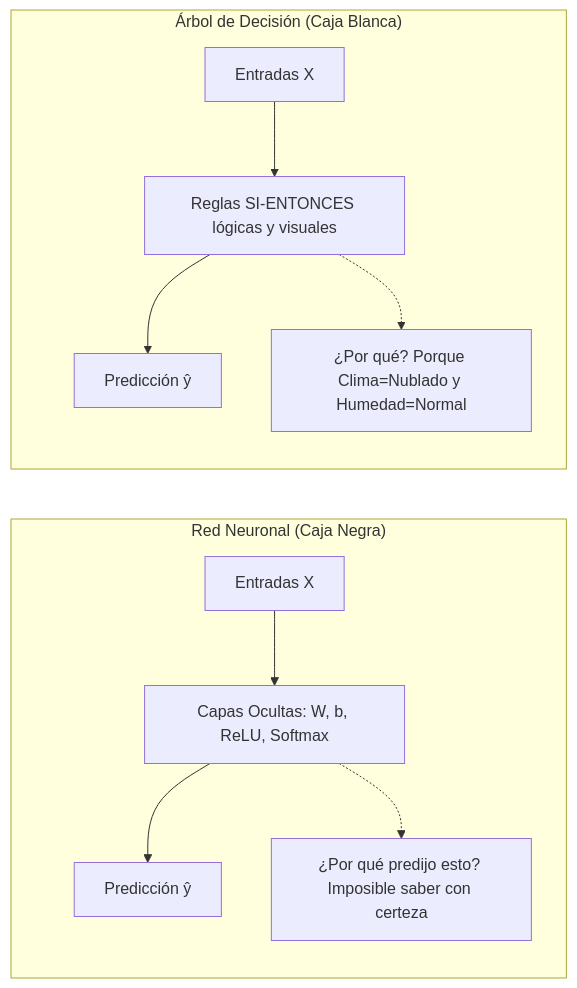
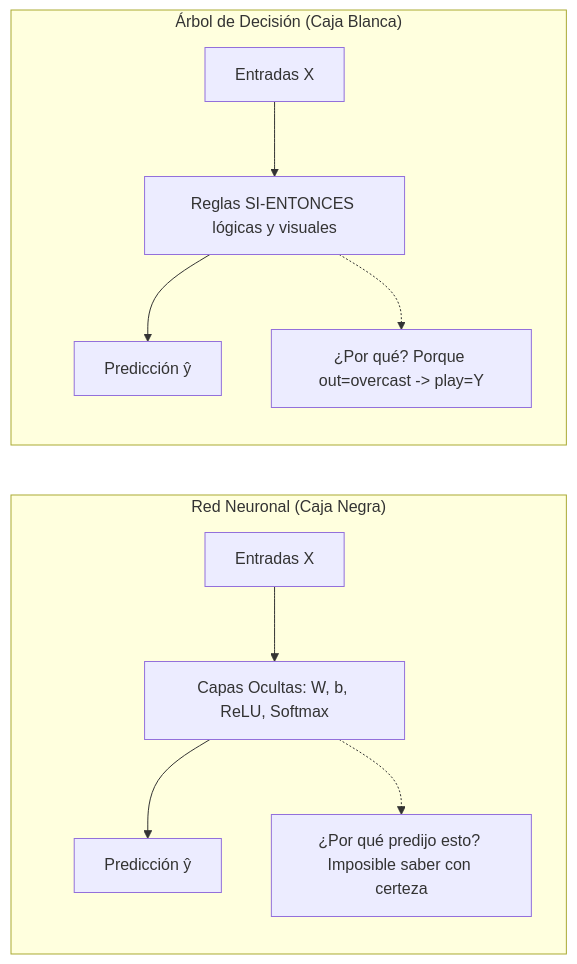
The first of 5 diagrams in minería de datos/20. Árboles de Decisión, Algoritmo ID3, Entropía de Shannon y Ganancia de Información.md (Eddyfals0/notas-obsidia-oto-o-2026), drawn with Mermaid before and after one commit. The commit also changed other lines of this file, not shown here.

````diff
--- a/minería de datos/20. Árboles de Decisión, Algoritmo ID3, Entropía de Shannon y Ganancia de Información.md
+++ b/minería de datos/20. Árboles de Decisión, Algoritmo ID3, Entropía de Shannon y Ganancia de Información.md
@@ -41,12 +41,12 @@
 ```mermaid
 flowchart LR
     subgraph Caja_Negra ["Red Neuronal (Caja Negra)"]
         X1["Entradas X"] --> NN["Capas Ocultas: W, b, ReLU, Softmax"] --> Y1["Predicción ŷ"]
         NN -.-> Expl1["¿Por qué predijo esto? Imposible saber con certeza"]
     end
 
     subgraph Caja_Blanca ["Árbol de Decisión (Caja Blanca)"]
         X2["Entradas X"] --> DT["Reglas SI-ENTONCES lógicas y visuales"] --> Y2["Predicción ŷ"]
-        DT -.-> Expl2["¿Por qué? Porque Clima=Nublado y Humedad=Normal"]
+        DT -.-> Expl2["¿Por qué? Porque out=overcast -> play=Y"]
     end
 ```
````
